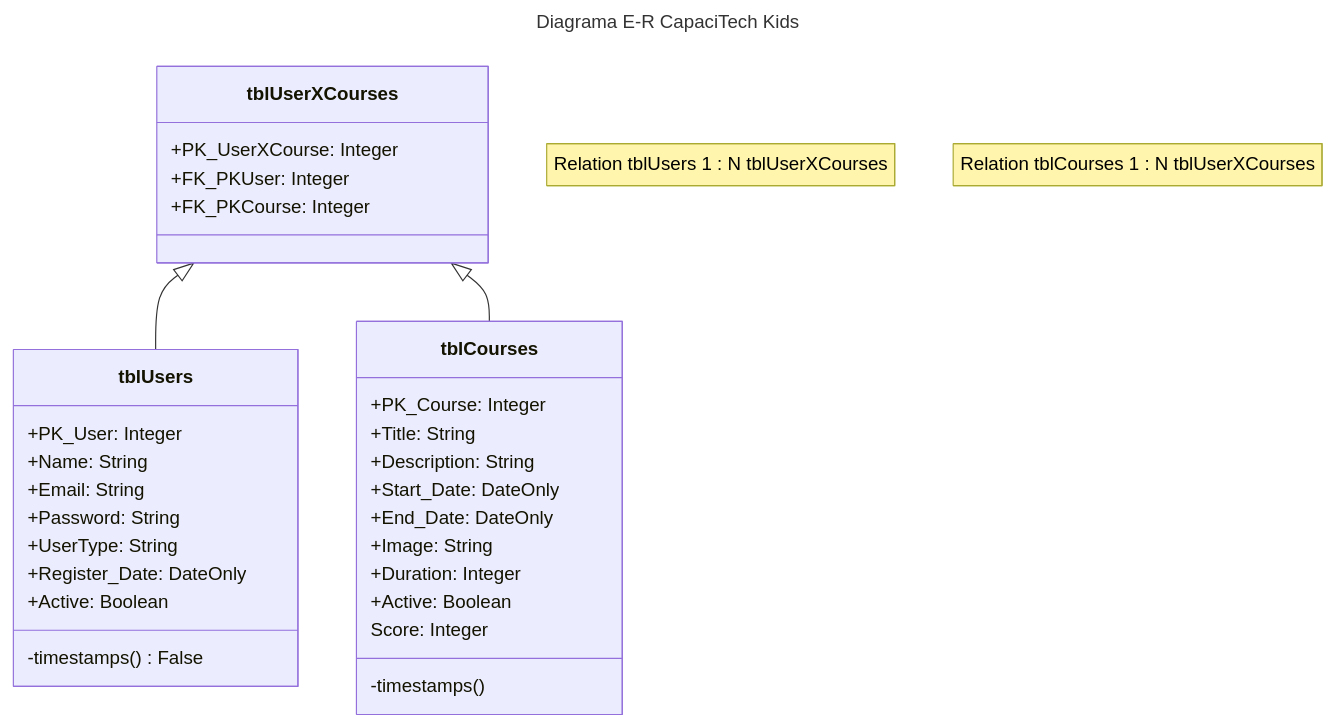
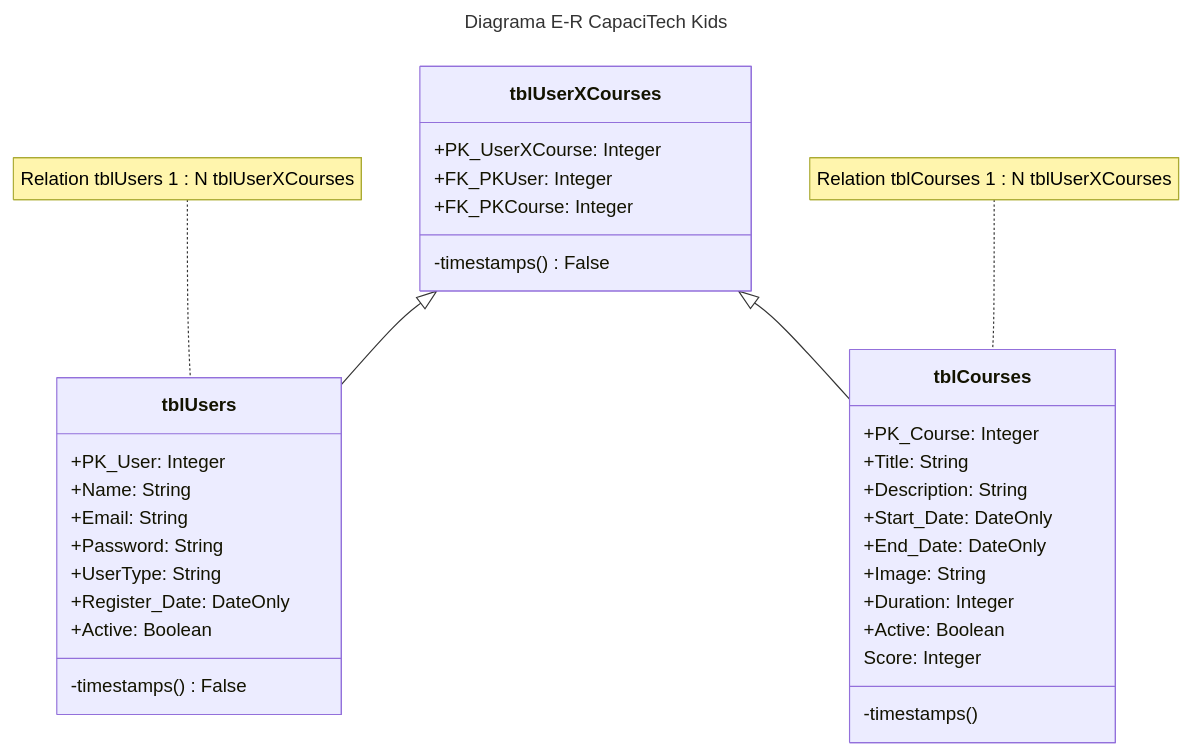
The diagram in README.md (MemoRodz/CapaciTechKidsBack), drawn with Mermaid before and after one commit.

Commit message:
Testing mermaid library_6

````diff
--- a/README.md
+++ b/README.md
@@ -11,37 +11,38 @@
 ```mermaid
 ---
 title: Diagrama E-R CapaciTech Kids
 ---
 classDiagram
     class tblUsers{
         +PK_User: Integer
         +Name: String
         +Email: String
 		+Password: String
 		+UserType: String
 		+Register_Date: DateOnly
 		+Active: Boolean
 		-timestamps() False
     }
 	tblUserXCourses <|-- tblUsers
-	note "Relation tblUsers 1 : N tblUserXCourses"
+	note for tblUsers "Relation tblUsers 1 : N tblUserXCourses"
     class tblCourses{
         +PK_Course: Integer
 		+Title: String
 		+Description: String
 		+Start_Date: DateOnly
 		+End_Date: DateOnly
 		+Image: String
 		+Duration: Integer
 		+Active: Boolean
 		Score: Integer
         -timestamps()
     }
-	note "Relation tblCourses 1 : N tblUserXCourses"
+	note for tblCourses "Relation tblCourses 1 : N tblUserXCourses"
 	tblUserXCourses <|-- tblCourses
     class tblUserXCourses{
         +PK_UserXCourse: Integer
         +FK_PKUser: Integer
 		+FK_PKCourse: Integer
+		-timestamps() False
     }
 ```
````
